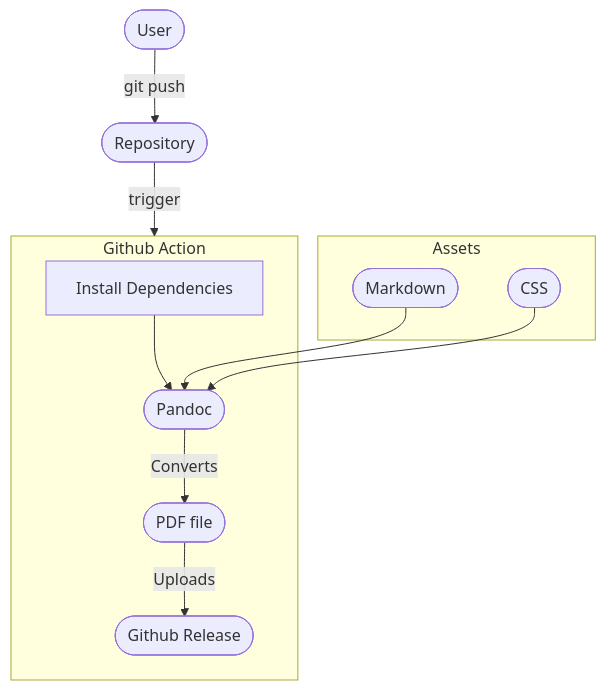
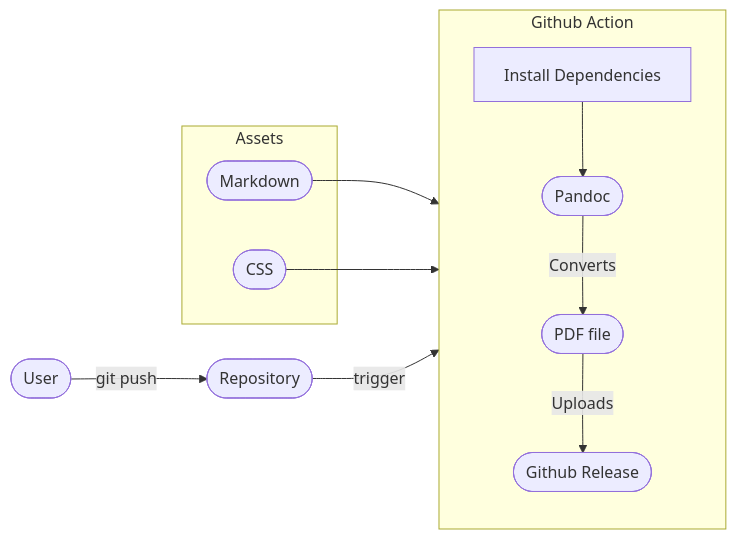
One commit to ShaharNaveh/ShaharNaveh.github.io changed the diagram in content/blog/cicd-your-resume/index.md. Above: the diagram before and after it, drawn with Mermaid.

````diff
--- a/content/blog/cicd-your-resume/index.md
+++ b/content/blog/cicd-your-resume/index.md
@@ -17,23 +17,24 @@
 ```mermaid
-flowchart TD
+flowchart LR
   user([User])
   repository([Repository])
   action([Github Action])
   dependencies["Install Dependencies"]
   pandoc([Pandoc])
   markdown([Markdown])
   css([CSS])
   pdf([PDF file])
   release([Github Release])
   user-- git push -->repository
   repository-- trigger -->action
   subgraph action [Github Action]
+    direction TD
     dependencies --> pandoc
     pandoc-- Converts -->pdf
     pdf-- Uploads -->release
   end
 
   subgraph assets [Assets]
     markdown & css --> pandoc
   end
 ```
````
